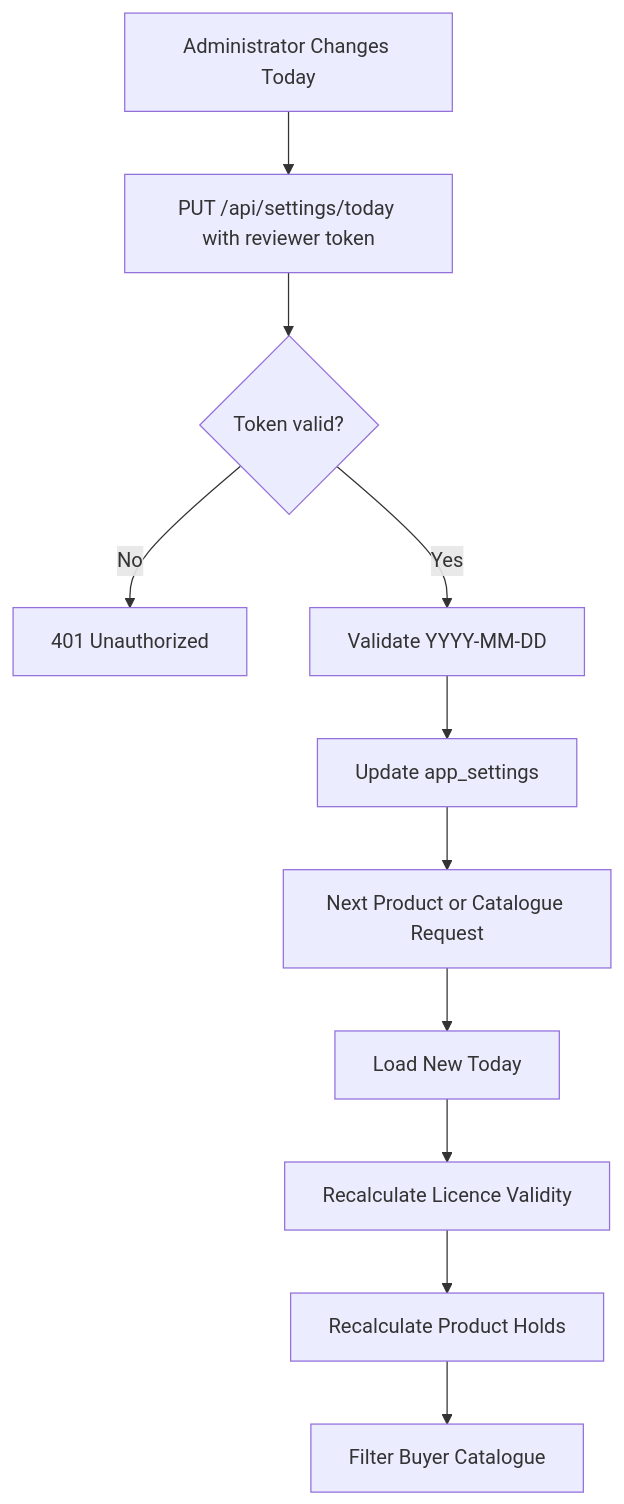
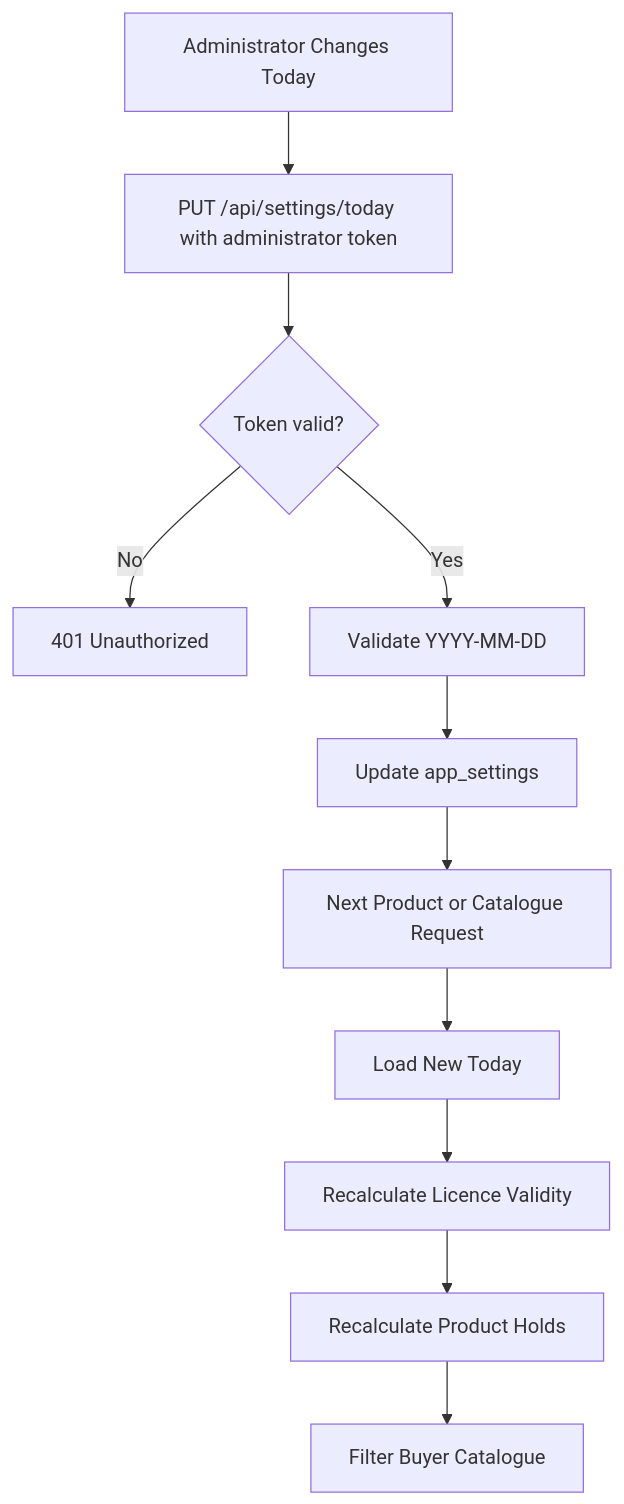
One commit to 01110011r/licensed-goods changed the sixth of 6 diagrams in docs/OVERVIEW.md. Above: the diagram before and after it, drawn with Mermaid. The commit also changed other lines of this file and 2 other files, not shown here.

First line of the commit message:
docs: explain product holds and administrator access

````diff
--- a/docs/OVERVIEW.md
+++ b/docs/OVERVIEW.md
@@ -418,13 +418,13 @@
 ```mermaid
 flowchart TD
-    Admin[Administrator Changes Today] --> Request[PUT /api/settings/today with reviewer token]
+    Admin[Administrator Changes Today] --> Request[PUT /api/settings/today with administrator token]
     Request --> Auth{Token valid?}
     Auth -->|No| Refuse[401 Unauthorized]
     Auth -->|Yes| Validate[Validate YYYY-MM-DD]
     Validate --> Save[Update app_settings]
     Save --> NextRequest[Next Product or Catalogue Request]
     NextRequest --> Load[Load New Today]
     Load --> Validity[Recalculate Licence Validity]
     Validity --> Hold[Recalculate Product Holds]
     Hold --> Catalogue[Filter Buyer Catalogue]
 ```
````
